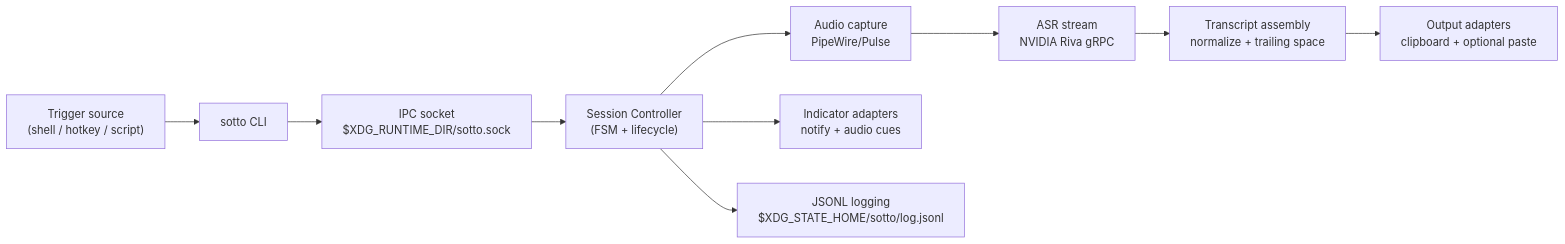
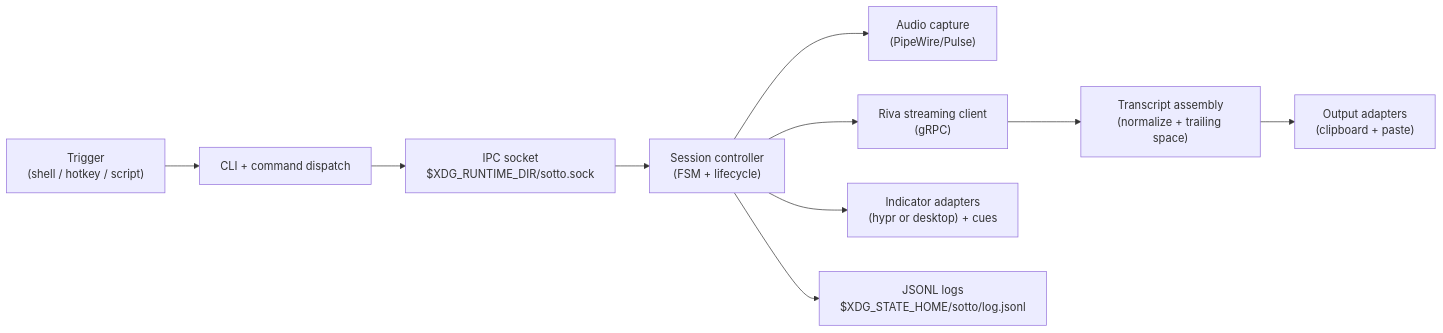
One commit to rbright/sotto changed the first of 2 diagrams in docs/architecture.md. Above: the diagram before and after it, drawn with Mermaid. The commit also changed other lines of this file and 14 other files, not shown here.

````diff
--- a/docs/architecture.md
+++ b/docs/architecture.md
@@ -7,14 +7,14 @@
 ```mermaid
 flowchart LR
-    Trigger["Trigger source\n(shell / hotkey / script)"] --> CLI["sotto CLI"]
+    Trigger["Trigger\n(shell / hotkey / script)"] --> CLI["CLI + command dispatch"]
     CLI --> IPC["IPC socket\n$XDG_RUNTIME_DIR/sotto.sock"]
-    IPC --> Session["Session Controller\n(FSM + lifecycle)"]
+    IPC --> Session["Session controller\n(FSM + lifecycle)"]
 
-    Session --> Audio["Audio capture\nPipeWire/Pulse"]
-    Audio --> Riva["ASR stream\nNVIDIA Riva gRPC"]
-    Riva --> Transcript["Transcript assembly\nnormalize + trailing space"]
-    Transcript --> Output["Output adapters\nclipboard + optional paste"]
+    Session --> Audio["Audio capture\n(PipeWire/Pulse)"]
+    Session --> ASR["Riva streaming client\n(gRPC)"]
+    ASR --> Transcript["Transcript assembly\n(normalize + trailing space)"]
+    Transcript --> Output["Output adapters\n(clipboard + paste)"]
 
-    Session --> Indicator["Indicator adapters\nnotify + audio cues"]
-    Session --> Logs["JSONL logging\n$XDG_STATE_HOME/sotto/log.jsonl"]
+    Session --> Indicator["Indicator adapters\n(hypr or desktop) + cues"]
+    Session --> Logs["JSONL logs\n$XDG_STATE_HOME/sotto/log.jsonl"]
 ```
````
